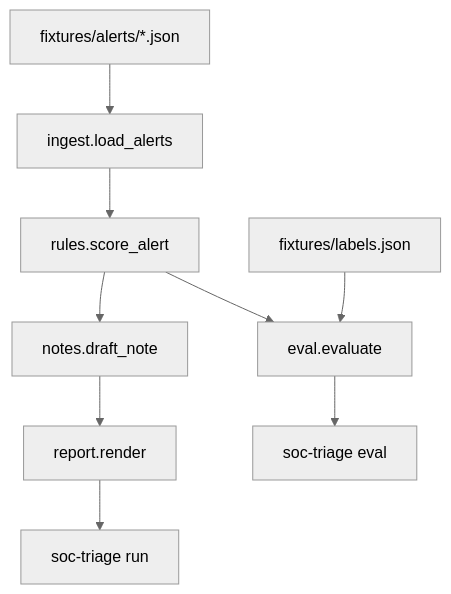
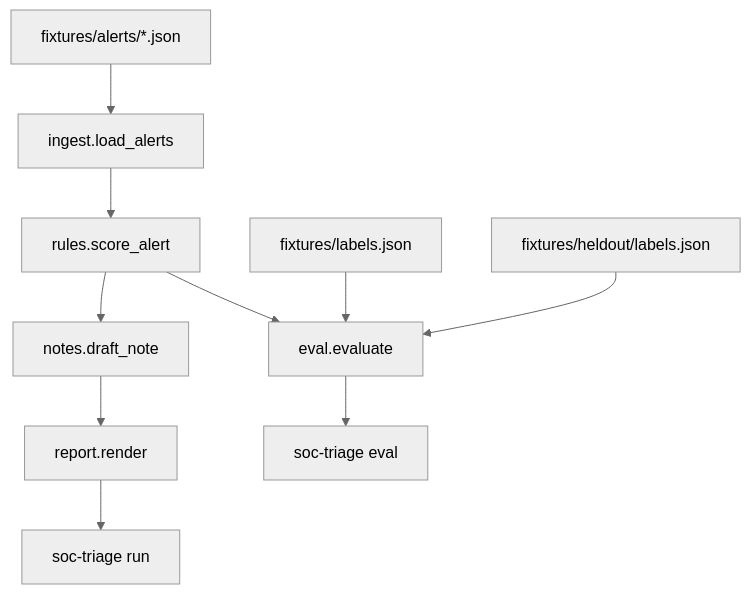
The diagram in README.md (oemarino/soc-triage-agent), drawn with Mermaid (neutral theme) before and after one commit. The commit also changed other lines of this file and 13 other files, not shown here.

````diff
--- a/README.md
+++ b/README.md
@@ -22,11 +22,12 @@
 ```mermaid
 flowchart TD
     alerts["fixtures/alerts/*.json"] --> ingest["ingest.load_alerts"]
     ingest --> rules["rules.score_alert"]
     rules --> notes["notes.draft_note"]
     notes --> report["report.render"]
     report --> runCmd["soc-triage run"]
     labels["fixtures/labels.json"] --> evalStep["eval.evaluate"]
+    heldout["fixtures/heldout/labels.json"] --> evalStep
     rules --> evalStep
     evalStep --> evalCmd["soc-triage eval"]
 ```
````
